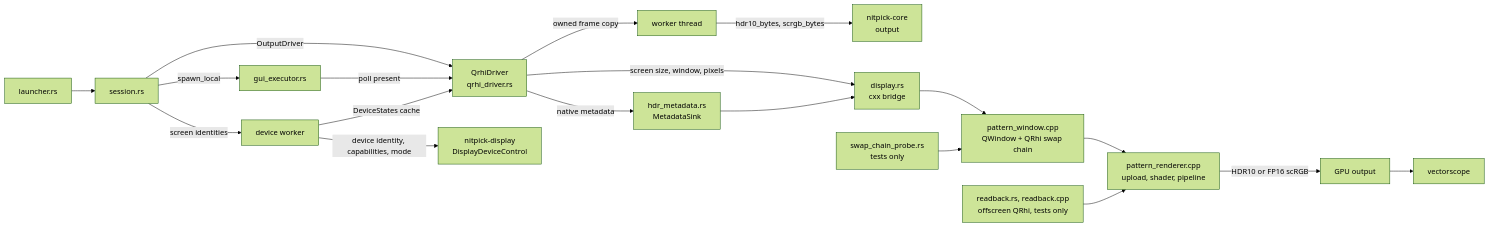
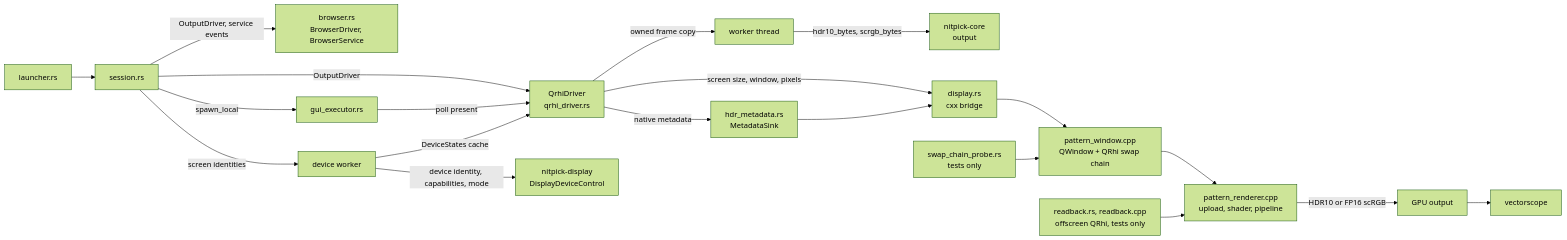
One commit to Jamesits/nitpick changed the first of 2 diagrams in doc/design/output_driver/qt.md. Above: the diagram before and after it, drawn with Mermaid (forest theme). The commit also changed other lines of this file and 13 other files, not shown here.

Commit message:
feat(app): connect browser output to the Qt launcher

````diff
--- a/doc/design/output_driver/qt.md
+++ b/doc/design/output_driver/qt.md
@@ -7,18 +7,19 @@
 ```mermaid
 graph LR
     L[launcher.rs] --> S[session.rs]
+    S -->|OutputDriver, service events| BR[browser.rs<br/>BrowserDriver, BrowserService]
     S -->|OutputDriver| Q[QrhiDriver<br/>qrhi_driver.rs]
     S -->|spawn_local| E[gui_executor.rs] -->|poll present| Q
     S -->|screen identities| R[device worker] -->|DeviceStates cache| Q
     Q -->|owned frame copy| J[worker thread]
     J -->|hdr10_bytes, scrgb_bytes| O
     O[nitpick-core<br/>output]
     Q -->|screen size, window, pixels| D[display.rs<br/>cxx bridge]
     Q -->|native metadata| M[hdr_metadata.rs<br/>MetadataSink] --> D
     R -->|device identity, capabilities, mode| N[nitpick-display<br/>DisplayDeviceControl]
     D --> W[pattern_window.cpp<br/>QWindow + QRhi swap chain]
     W --> PR[pattern_renderer.cpp<br/>upload, shader, pipeline]
     PR -->|HDR10 or FP16 scRGB| GPU[GPU output] --> Scope[vectorscope]
     RB[readback.rs, readback.cpp<br/>offscreen QRhi, tests only] --> PR
     P[swap_chain_probe.rs<br/>tests only] --> W
 ```
````
